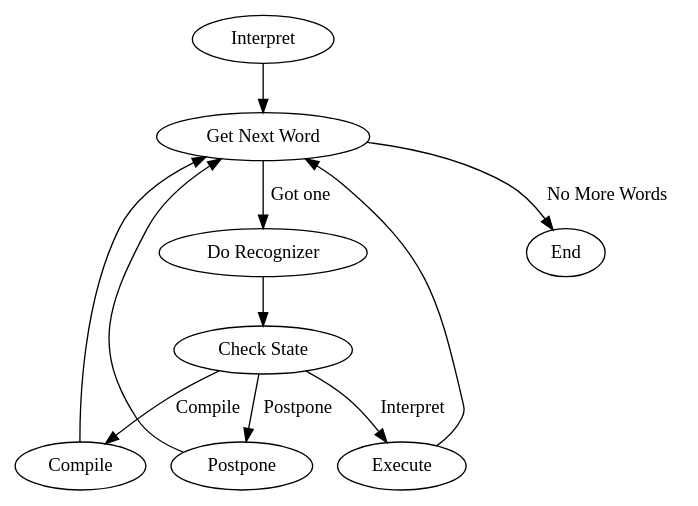
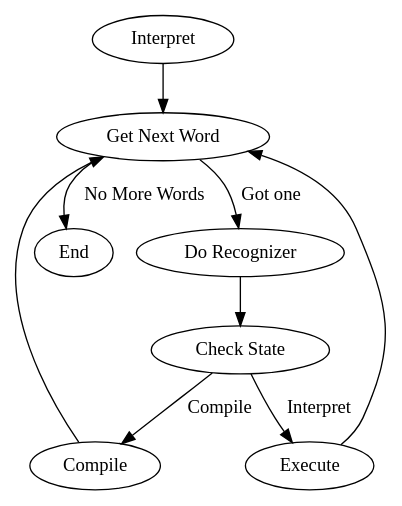
One commit to snowyu/amforth changed the first of 2 diagrams in doc/source/TG/Architecture.rst. Above: the diagram before and after it, drawn with Graphviz. The commit also changed other lines of this file and 12 other files, not shown here.

```diff
--- a/doc/source/TG/Architecture.rst
+++ b/doc/source/TG/Architecture.rst
@@ -63,13 +63,11 @@
 .. digraph:: Recognizer
    :inline:
 
    "Interpret" -> "Get Next Word"
    "Get Next Word" -> "Do Recognizer" [label="Got one"]
    "Get Next Word" -> "End" [label="No More Words"];
    "Do Recognizer" -> "Check State"
    "Check State" -> "Compile" [label="Compile"];
    "Check State" -> "Execute" [label="Interpret"];
-   "Check State" -> "Postpone" [label="Postpone"];
    "Compile" -> "Get Next Word"
    "Execute" -> "Get Next Word"
-   "Postpone" -> "Get Next Word"
```
